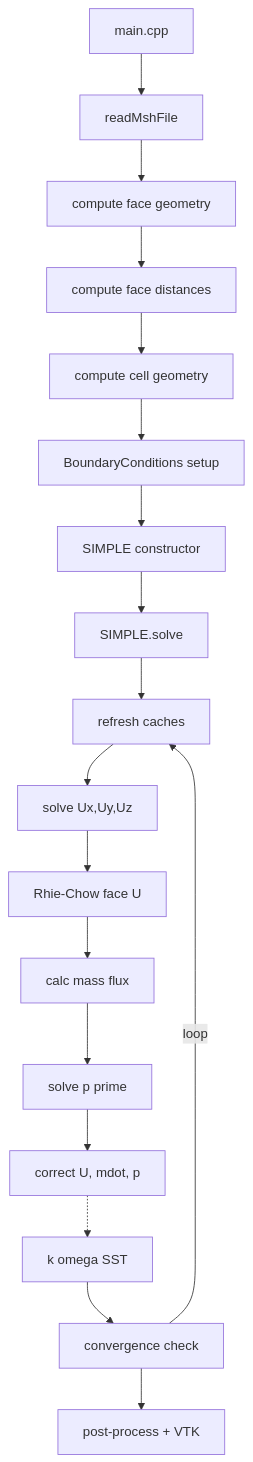
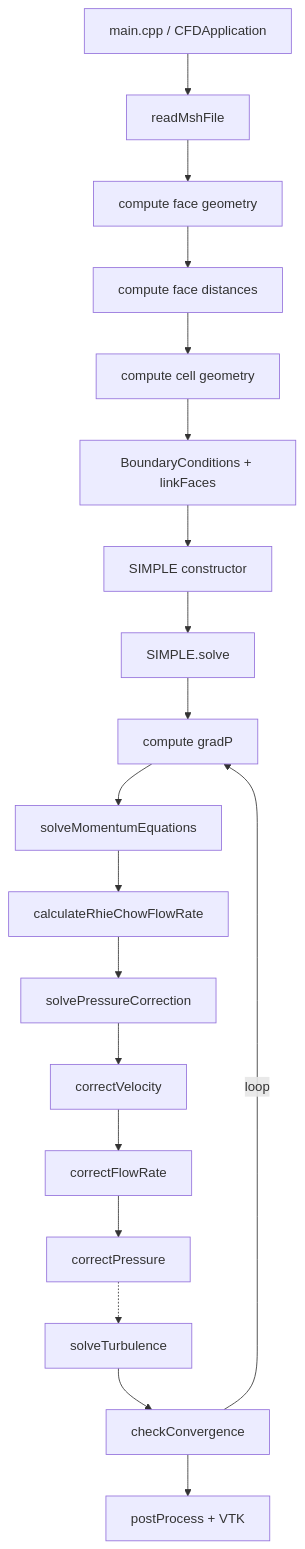
Before and after one commit to mohamed-i-mousa/Turblyze: the diagram in docs/DEVELOPER_GUIDE.md, drawn with Mermaid. The commit also changed other lines of this file and 1 other file, not shown here.

````diff
--- a/docs/DEVELOPER_GUIDE.md
+++ b/docs/DEVELOPER_GUIDE.md
@@ -532,20 +554,21 @@
 ```mermaid
 flowchart TD
-  A[main.cpp] --> B[readMshFile]
+  A[main.cpp / CFDApplication] --> B[readMshFile]
   B --> C[compute face geometry]
   C --> D[compute face distances]
   D --> E[compute cell geometry]
-  E --> F[BoundaryConditions setup]
+  E --> F[BoundaryConditions + linkFaces]
   F --> G[SIMPLE constructor]
   G --> H[SIMPLE.solve]
-  H --> I[refresh caches]
-  I --> J[solve Ux,Uy,Uz]
-  J --> K[Rhie-Chow face U]
-  K --> L[calc mass flux]
-  L --> M[solve p prime]
-  M --> N[correct U, mdot, p]
-  N -.-> T[k omega SST]
-  T --> P[convergence check]
+  H --> I[compute gradP]
+  I --> J[solveMomentumEquations]
+  J --> K[calculateRhieChowFlowRate]
+  K --> L[solvePressureCorrection]
+  L --> M[correctVelocity]
+  M --> N[correctFlowRate]
+  N --> O[correctPressure]
+  O -.-> T[solveTurbulence]
+  T --> P[checkConvergence]
   P -->|loop| I
-  P --> Q[post-process + VTK]
+  P --> Q[postProcess + VTK]
 ```
````
